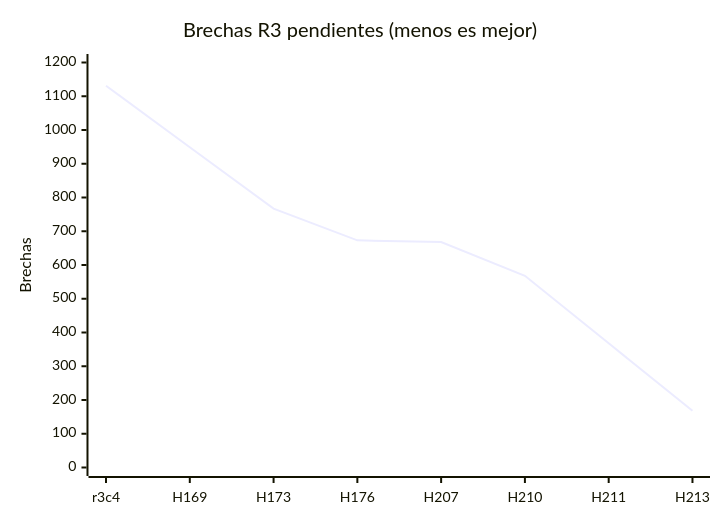
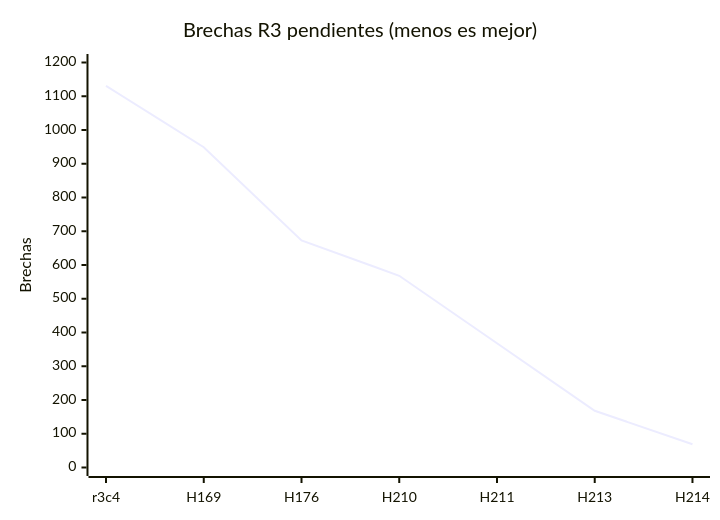
The first of 2 diagrams in README.md (jmbigi/thinker), drawn with Mermaid before and after one commit. The commit also changed other lines of this file and 6 other files, not shown here.

````diff
--- a/README.md
+++ b/README.md
@@ -401,7 +401,7 @@
 ```mermaid
 xychart-beta
     title "Brechas R3 pendientes (menos es mejor)"
-    x-axis ["r3c4", "H169", "H173", "H176", "H207", "H210", "H211", "H213"]
+    x-axis ["r3c4", "H169", "H176", "H210", "H211", "H213", "H214"]
     y-axis "Brechas" 0 --> 1200
-    line [1131, 949, 767, 673, 668, 568, 368, 168]
+    line [1131, 949, 673, 568, 368, 168, 69]
 ```
````
